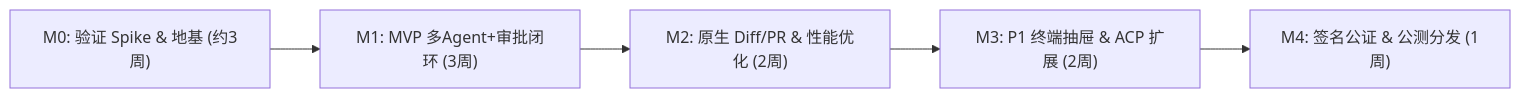
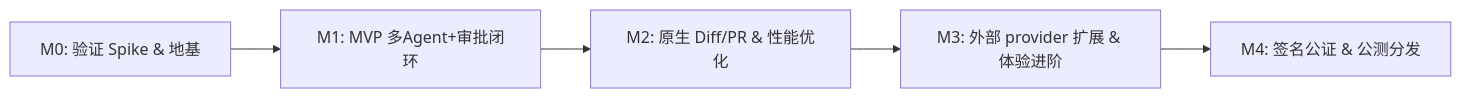
Before and after one commit to julytang/Shepherd: the second of 2 diagrams in docs/04-roadmap-and-engineering.md, drawn with Mermaid. The commit also changed other lines of this file and 5 other files, not shown here.

````diff
--- a/docs/04-roadmap-and-engineering.md
+++ b/docs/04-roadmap-and-engineering.md
@@ -226,7 +230,7 @@
 ```mermaid
 flowchart LR
-    M0["M0: 验证 Spike & 地基 (约3周)"] --> M1["M1: MVP 多Agent+审批闭环 (3周)"]
-    M1 --> M2["M2: 原生 Diff/PR & 性能优化 (2周)"]
-    M2 --> M3["M3: P1 终端抽屉 & ACP 扩展 (2周)"]
-    M3 --> M4["M4: 签名公证 & 公测分发 (1周)"]
+    M0["M0: 验证 Spike & 地基"] --> M1["M1: MVP 多Agent+审批闭环"]
+    M1 --> M2["M2: 原生 Diff/PR & 性能优化"]
+    M2 --> M3["M3: 外部 provider 扩展 & 体验进阶"]
+    M3 --> M4["M4: 签名公证 & 公测分发"]
 ```
````
